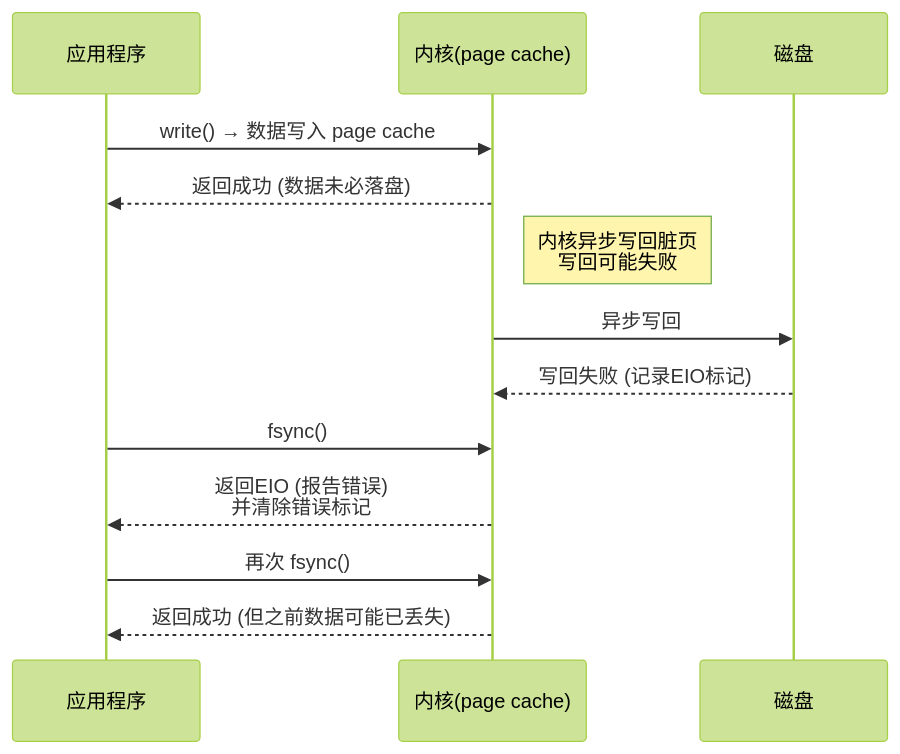
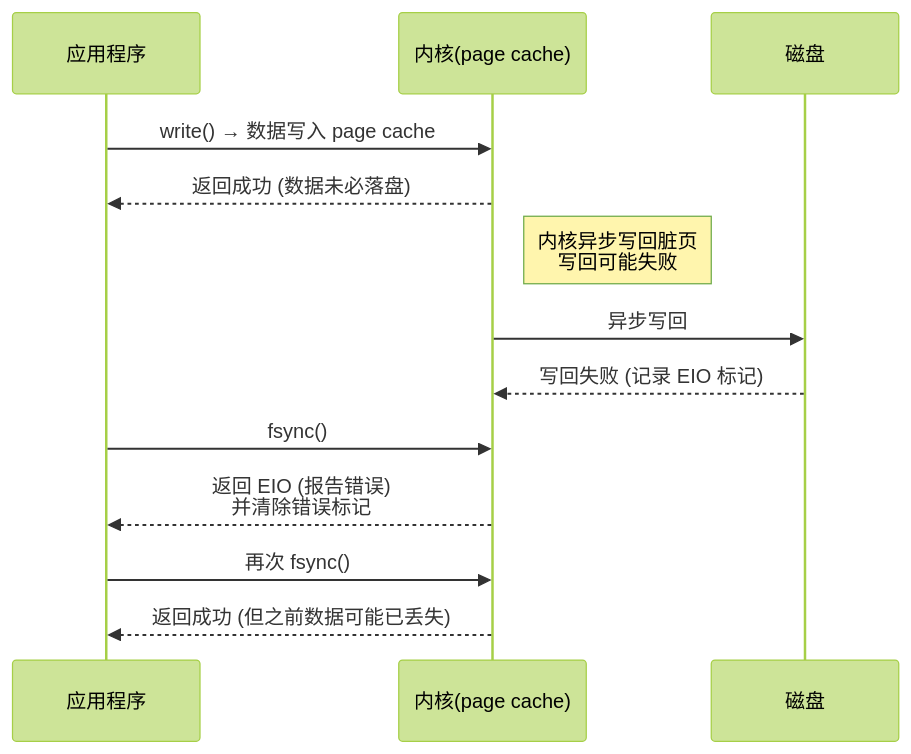
Before and after one commit to zhangm365/research-paper: the diagram in os/fsync-note.md, drawn with Mermaid (forest theme). The commit also changed other lines of this file, not shown here.

````diff
--- a/os/fsync-note.md
+++ b/os/fsync-note.md
@@ -18,20 +18,20 @@
 ```mermaid
 sequenceDiagram
     participant App as 应用程序
     participant Kernel as 内核(page cache)
     participant Disk as 磁盘
 
     App->>Kernel: write() → 数据写入 page cache
     Kernel-->>App: 返回成功 (数据未必落盘)
 
     Note right of Kernel: 内核异步写回脏页<br/>写回可能失败
 
     Kernel->>Disk: 异步写回
-    Disk-->>Kernel: 写回失败 (记录EIO标记)
+    Disk-->>Kernel: 写回失败 (记录 EIO 标记)
 
     App->>Kernel: fsync()
-    Kernel-->>App: 返回EIO (报告错误)<br/>并清除错误标记
+    Kernel-->>App: 返回 EIO (报告错误)<br/>并清除错误标记
 
     App->>Kernel: 再次 fsync()
     Kernel-->>App: 返回成功 (但之前数据可能已丢失)
 ```
````
